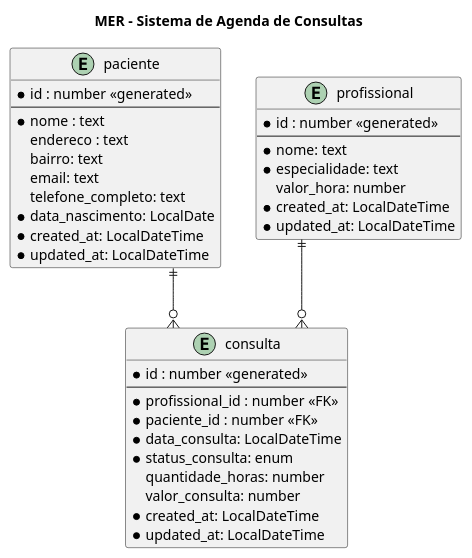
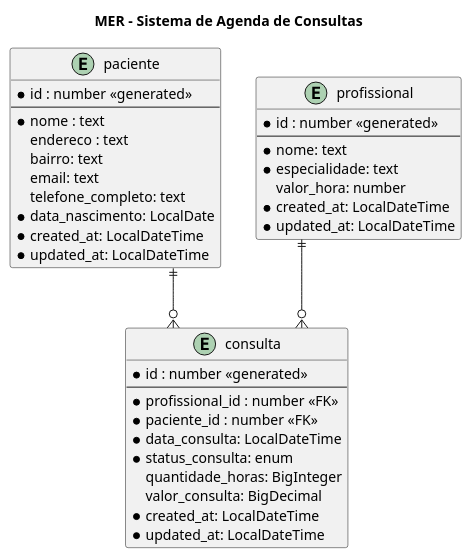
One commit to acnaweb/microservices-2025 changed the diagram in docs/3si/checkpoint3-sem1/mer.wsd. Above: the diagram before and after it, drawn with PlantUML. The commit also changed 2 other files, not shown here.

```diff
--- a/docs/3si/checkpoint3-sem1/mer.wsd
+++ b/docs/3si/checkpoint3-sem1/mer.wsd
@@ -1,46 +1,46 @@
 @startuml diagram
 
 title MER - Sistema de Agenda de Consultas
 
 skinparam linetype ortho
 
 entity "paciente" as paciente {
   *id : number <<generated>>
   --
   *nome : text
   endereco : text
   bairro: text
   email: text
   telefone_completo: text
   *data_nascimento: LocalDate
   *created_at: LocalDateTime
   *updated_at: LocalDateTime
 }
 
 entity "profissional" as profissional {
   *id : number <<generated>>
   --
   *nome: text
   *especialidade: text
   valor_hora: number
   *created_at: LocalDateTime
   *updated_at: LocalDateTime
 }
 
 entity "consulta" as consulta {
   *id : number <<generated>>
   --
   *profissional_id : number <<FK>>
   *paciente_id : number <<FK>>
   *data_consulta: LocalDateTime
   *status_consulta: enum
-  quantidade_horas: number
-  valor_consulta: number
+  quantidade_horas: BigInteger
+  valor_consulta: BigDecimal
   *created_at: LocalDateTime
   *updated_at: LocalDateTime
 }
 
 paciente ||--o{ consulta
 profissional ||--o{ consulta
 
 @enduml
```
